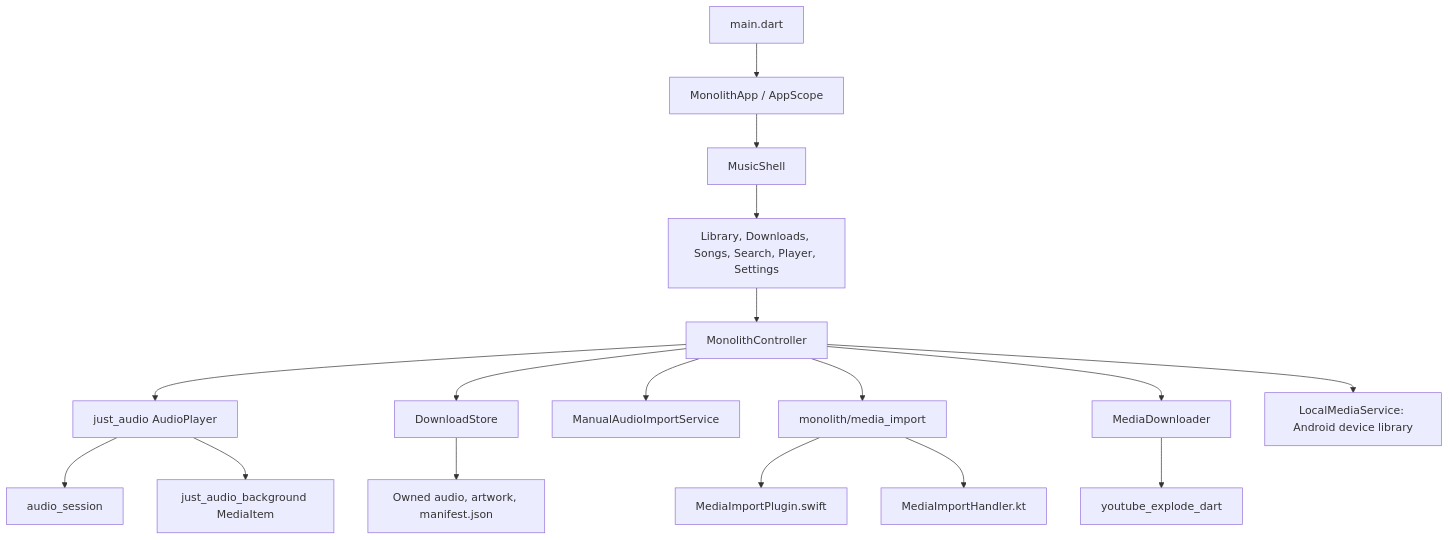
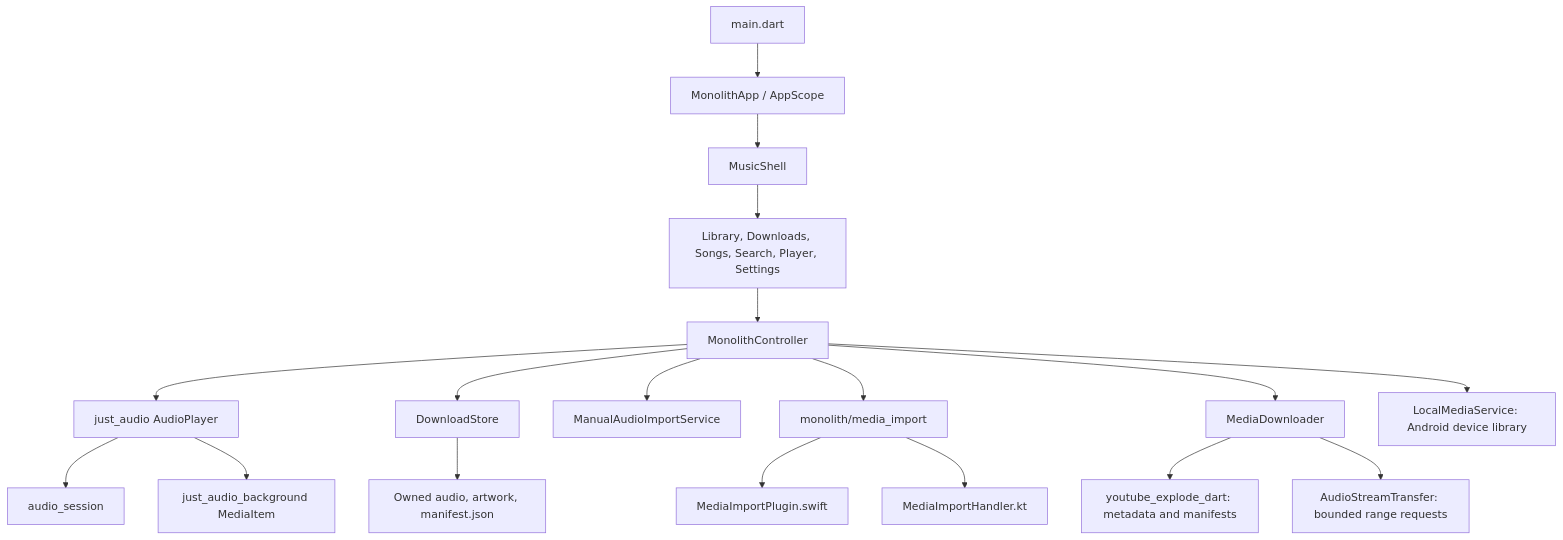
One commit to naveed-gung/Monolith changed the first of 6 diagrams in docs/architecture.md. Above: the diagram before and after it, drawn with Mermaid. The commit also changed other lines of this file and 28 other files, not shown here.

````diff
--- a/docs/architecture.md
+++ b/docs/architecture.md
@@ -7,19 +7,20 @@
 ```mermaid
 flowchart TB
     Entry[main.dart] --> App[MonolithApp / AppScope]
     App --> Shell[MusicShell]
     Shell --> Features[Library, Downloads, Songs, Search, Player, Settings]
     Features --> C[MonolithController]
     C --> Audio[just_audio AudioPlayer]
     Audio --> Session[audio_session]
     Audio --> Background[just_audio_background MediaItem]
     C --> Store[DownloadStore]
     Store --> Disk[Owned audio, artwork, manifest.json]
     C --> Files[ManualAudioImportService]
     C --> Bridge[monolith/media_import]
     Bridge --> Swift[MediaImportPlugin.swift]
     Bridge --> Kotlin[MediaImportHandler.kt]
     C --> YT[MediaDownloader]
-    YT --> Extract[youtube_explode_dart]
+    YT --> Extract[youtube_explode_dart: metadata and manifests]
+    YT --> Transfer[AudioStreamTransfer: bounded range requests]
     C --> Query[LocalMediaService: Android device library]
 ```
````
